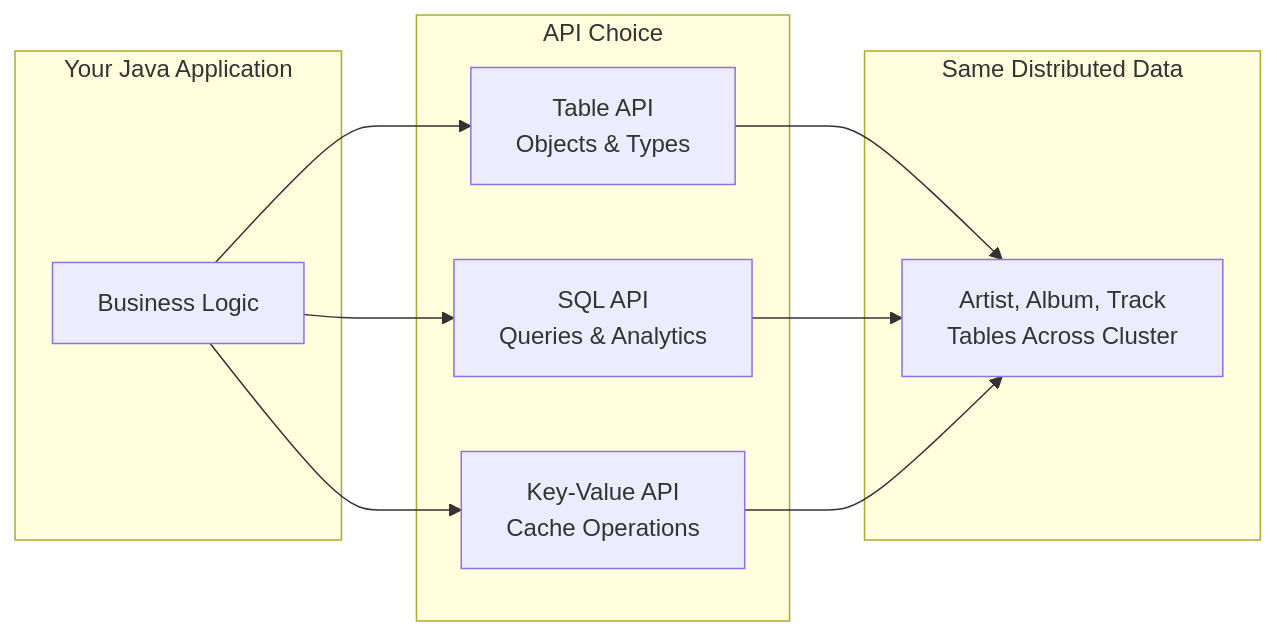
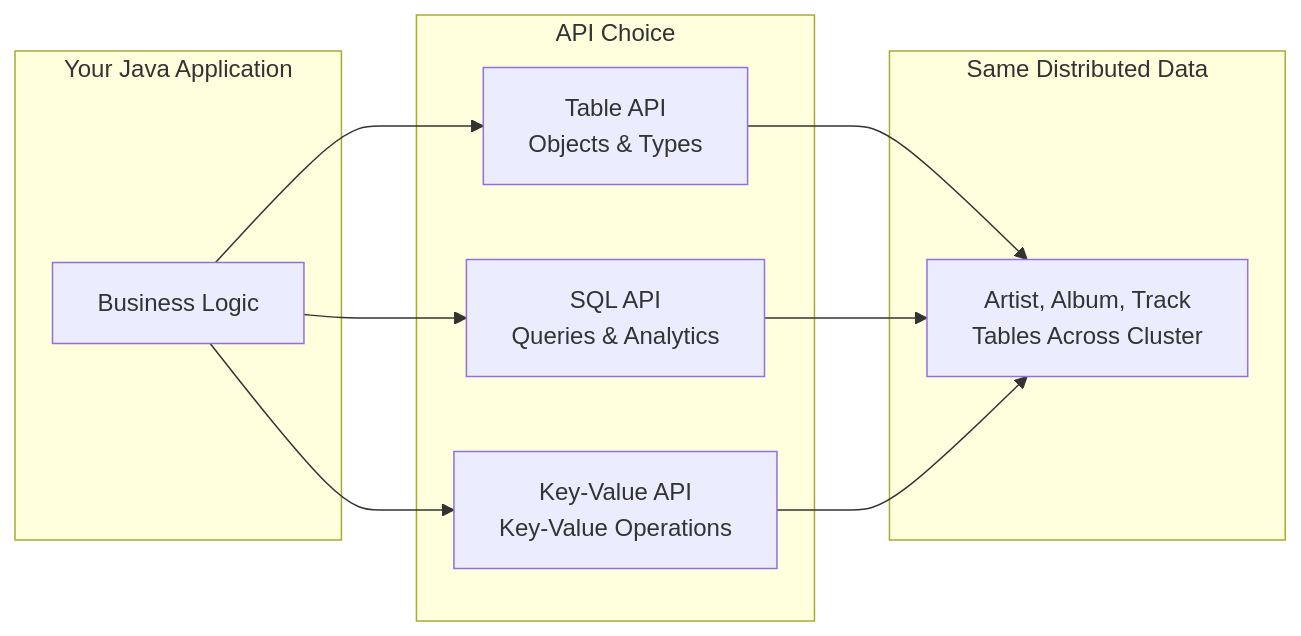
One commit to maglietti/ignite3-java-api-primer changed the fifth of 7 diagrams in docs/01-foundation/01-introduction-and-architecture.md. Above: the diagram before and after it, drawn with Mermaid. The commit also changed other lines of this file and 6 other files, not shown here.

````diff
--- a/docs/01-foundation/01-introduction-and-architecture.md
+++ b/docs/01-foundation/01-introduction-and-architecture.md
@@ -222,24 +222,24 @@
 ```mermaid
 graph LR
     subgraph "Your Java Application"
         LOGIC["Business Logic"]
     end
     
     subgraph "API Choice"
         TABLE["Table API<br/>Objects & Types"]
         SQL["SQL API<br/>Queries & Analytics"] 
-        KV["Key-Value API<br/>Cache Operations"]
+        KV["Key-Value API<br/>Key-Value Operations"]
     end
     
     subgraph "Same Distributed Data"
         DATA["Artist, Album, Track<br/>Tables Across Cluster"]
     end
     
     LOGIC --> TABLE
     LOGIC --> SQL
     LOGIC --> KV
     
     TABLE --> DATA
     SQL --> DATA
     KV --> DATA
 ```
````
